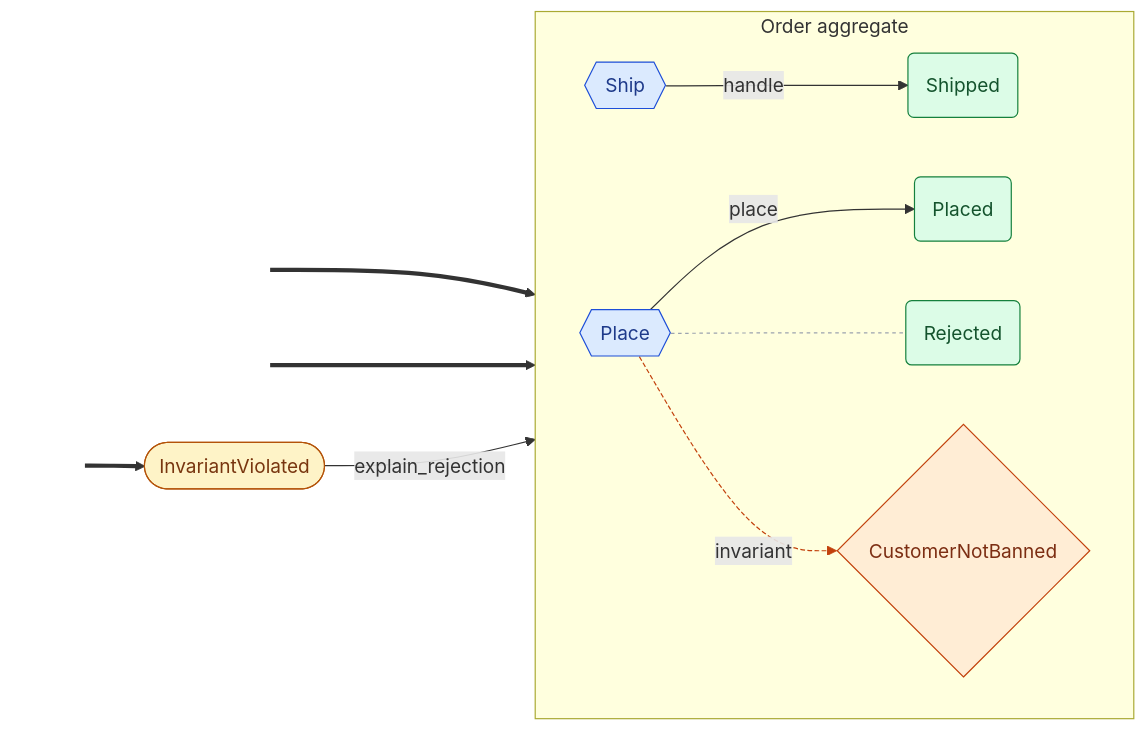
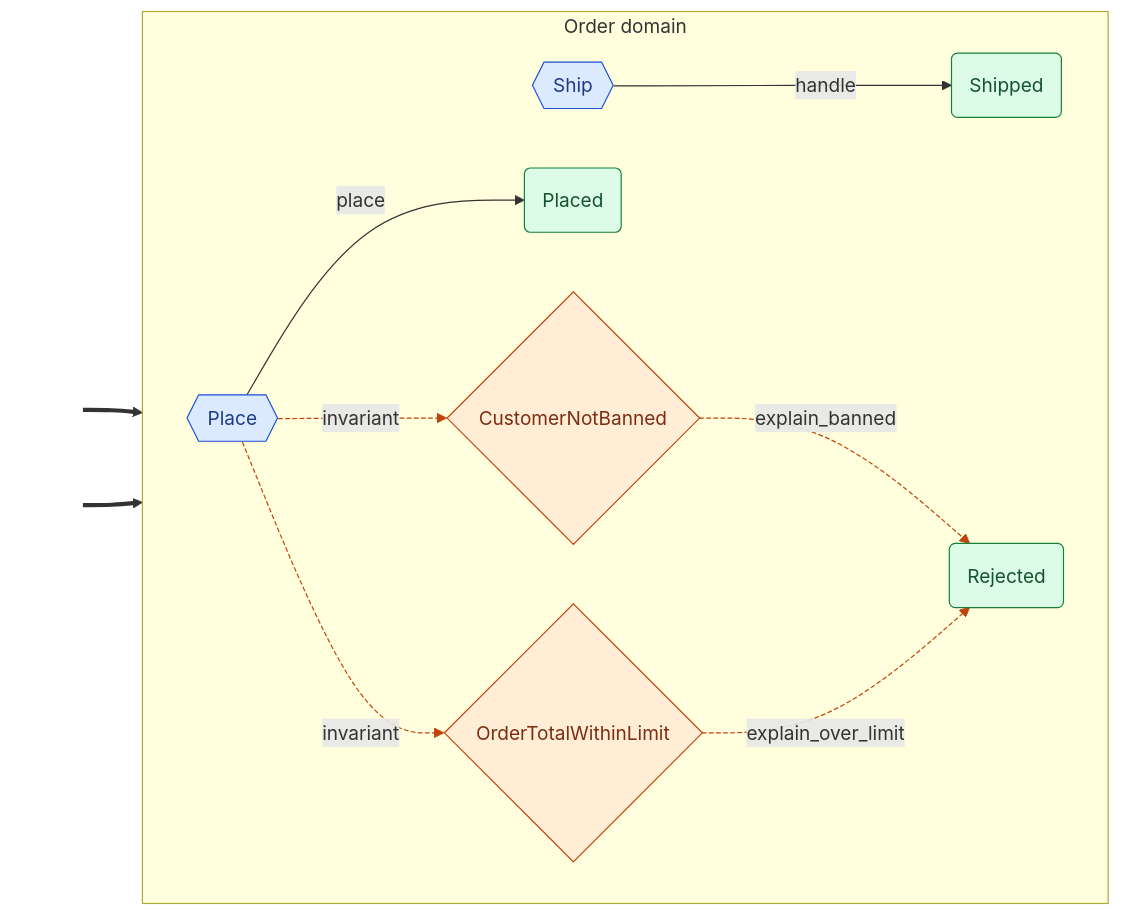
The diagram in docs/index.md (cadance-io/langgraph-events), drawn with Mermaid before and after one commit. The commit also changed other lines of this file and 43 other files, not shown here.

First line of the commit message:
feat: rename Aggregate→Domain, add post-command invariant check, reroute invariants in mermaid

````diff
--- a/docs/index.md
+++ b/docs/index.md
@@ -33,30 +33,29 @@
 ```mermaid
 graph LR
     classDef entry fill:none,stroke:none,color:none
     classDef cmd fill:#dbeafe,stroke:#1d4ed8,color:#1e3a8a
     classDef devt fill:#dcfce7,stroke:#15803d,color:#14532d
     classDef intg fill:#ede9fe,stroke:#6d28d9,color:#4c1d95
     classDef syst fill:#fef3c7,stroke:#b45309,color:#78350f
     classDef halt fill:#fef3c7,stroke:#b45309,color:#78350f,stroke-width:3px,stroke-dasharray:4 2
     classDef inv fill:#ffedd5,stroke:#c2410c,color:#7c2d12
-    subgraph Order["Order aggregate"]
+    subgraph Order["Order domain"]
         direction LR
         Place{{Place}}:::cmd
         Placed(Placed):::devt
         Rejected(Rejected):::devt
         Ship{{Ship}}:::cmd
         Shipped(Shipped):::devt
         CustomerNotBanned{CustomerNotBanned}:::inv
+        OrderTotalWithinLimit{OrderTotalWithinLimit}:::inv
     end
-    InvariantViolated([InvariantViolated]):::syst
-    _e0_[ ]:::entry ==> InvariantViolated
-    _e1_[ ]:::entry ==> Place
-    _e2_[ ]:::entry ==> Ship
+    _e0_[ ]:::entry ==> Place
+    _e1_[ ]:::entry ==> Ship
     Ship -->|handle| Shipped
     Place -->|place| Placed
-    InvariantViolated -->|explain_rejection| Rejected
-    Place -.- Rejected
+    CustomerNotBanned -.->|explain_banned| Rejected
+    OrderTotalWithinLimit -.->|explain_over_limit| Rejected
     Place -.->|invariant| CustomerNotBanned
-    linkStyle 6 stroke:#9ca3af,stroke-dasharray:3 3
-    linkStyle 7 stroke:#c2410c,stroke-dasharray:4 2
+    Place -.->|invariant| OrderTotalWithinLimit
+    linkStyle 4,5,6,7 stroke:#c2410c,stroke-dasharray:4 2
 ```
````
